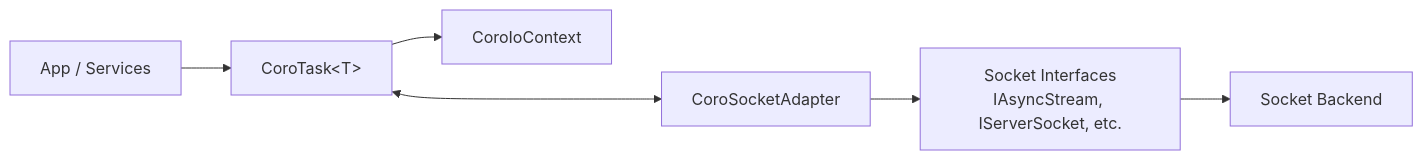
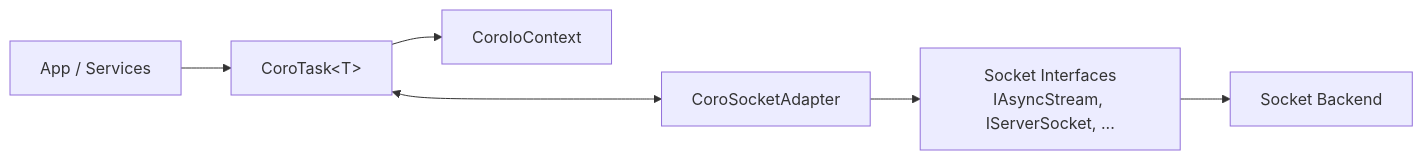
The diagram in transport/README.md (ilya-yusim/task-messenger), drawn with Mermaid before and after one commit. The commit also changed other lines of this file and 62 other files, not shown here.

````diff
--- a/transport/README.md
+++ b/transport/README.md
@@ -9,13 +18,13 @@
 ```mermaid
 flowchart LR
   App[App / Services]
   Task[CoroTask&lt;T&gt;]
   Ctx[CoroIoContext]
   CSA[CoroSocketAdapter]
-  IF[Socket Interfaces<br/>IAsyncStream, IServerSocket, etc.]
+  IF[Socket Interfaces<br/>IAsyncStream, IServerSocket, ...]
   BE[Socket Backend]
 
   App --> Task --> Ctx
   Task <---> CSA
   CSA --> IF --> BE
 ```
````
